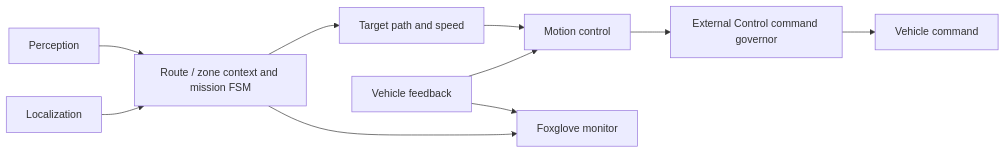
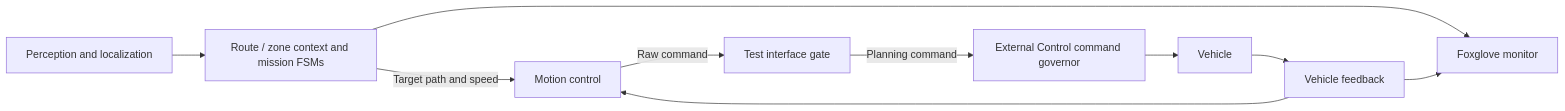
Before and after one commit to steveandy-sudo/ai-sw-mobility-portfolio: the diagram in README.md, drawn with Mermaid. The commit also changed other lines of this file and 2 other files, not shown here.

Commit message:
Clarify decision architecture and evidence for research review

````diff
--- a/README.md
+++ b/README.md
@@ -30,12 +35,12 @@
 ```mermaid
 flowchart LR
-  P[Perception] --> D[Route / zone context and mission FSM]
-  L[Localization] --> D
-  D --> T[Target path and speed]
-  T --> M[Motion control]
-  V[Vehicle feedback] --> M
-  M --> G[External Control command governor]
-  G --> C[Vehicle command]
-  D --> F[Foxglove monitor]
-  V --> F
+    Inputs[Perception and localization] --> Decision[Route / zone context and mission FSMs]
+    Decision -->|Target path and speed| Motion[Motion control]
+    Feedback[Vehicle feedback] --> Motion
+    Motion -->|Raw command| TUI[Test interface gate]
+    TUI -->|Planning command| Governor[External Control command governor]
+    Governor --> Vehicle[Vehicle]
+    Vehicle --> Feedback
+    Decision --> Monitor[Foxglove monitor]
+    Feedback --> Monitor
 ```
````
